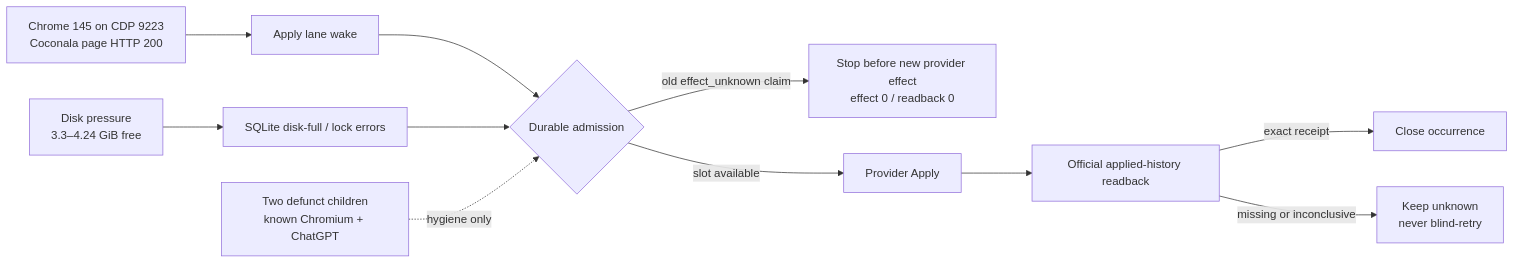
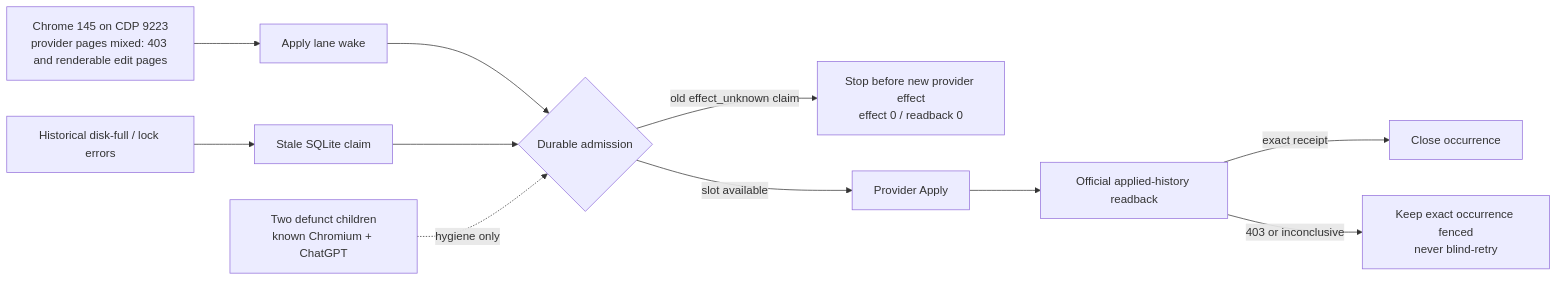
Before and after one commit to Daisuke134/life-manager: the first of 13 diagrams in docs/superpowers/specs/2026-08-22-life-manager-gig-economy-loop-design.md, drawn with Mermaid. The commit also changed other lines of this file, not shown here.

Commit message:
docs(coconala): refresh live repair cursor

````diff
--- a/docs/superpowers/specs/2026-08-22-life-manager-gig-economy-loop-design.md
+++ b/docs/superpowers/specs/2026-08-22-life-manager-gig-economy-loop-design.md
@@ -647,13 +673,13 @@
 ```mermaid
 flowchart LR
-  B[Chrome 145 on CDP 9223\nCoconala page HTTP 200] --> L[Apply lane wake]
+  B[Chrome 145 on CDP 9223\nprovider pages mixed: 403 and renderable edit pages] --> L[Apply lane wake]
   L --> A{Durable admission}
   A -->|old effect_unknown claim| S[Stop before new provider effect\neffect 0 / readback 0]
   A -->|slot available| P[Provider Apply]
   P --> R[Official applied-history readback]
   R -->|exact receipt| C[Close occurrence]
-  R -->|missing or inconclusive| U[Keep unknown\nnever blind-retry]
-  D[Disk pressure\n3.3–4.24 GiB free] --> Q[SQLite disk-full / lock errors]
+  R -->|403 or inconclusive| U[Keep exact occurrence fenced\nnever blind-retry]
+  D[Historical disk-full / lock errors] --> Q[Stale SQLite claim]
   Q --> A
   Z[Two defunct children\nknown Chromium + ChatGPT] -.hygiene only.-> A
 ```
````
